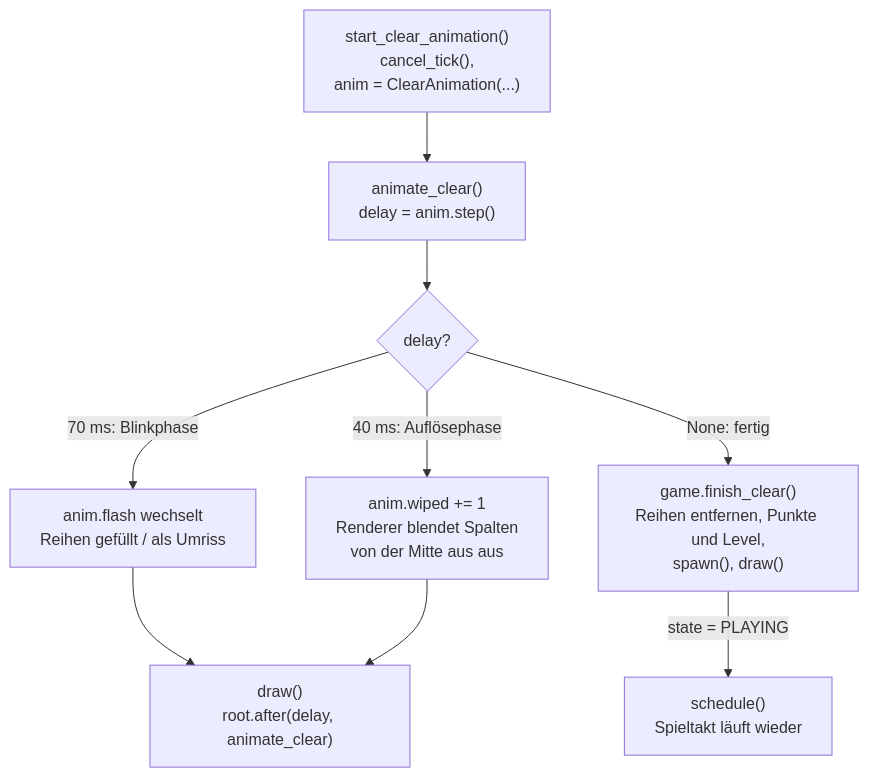
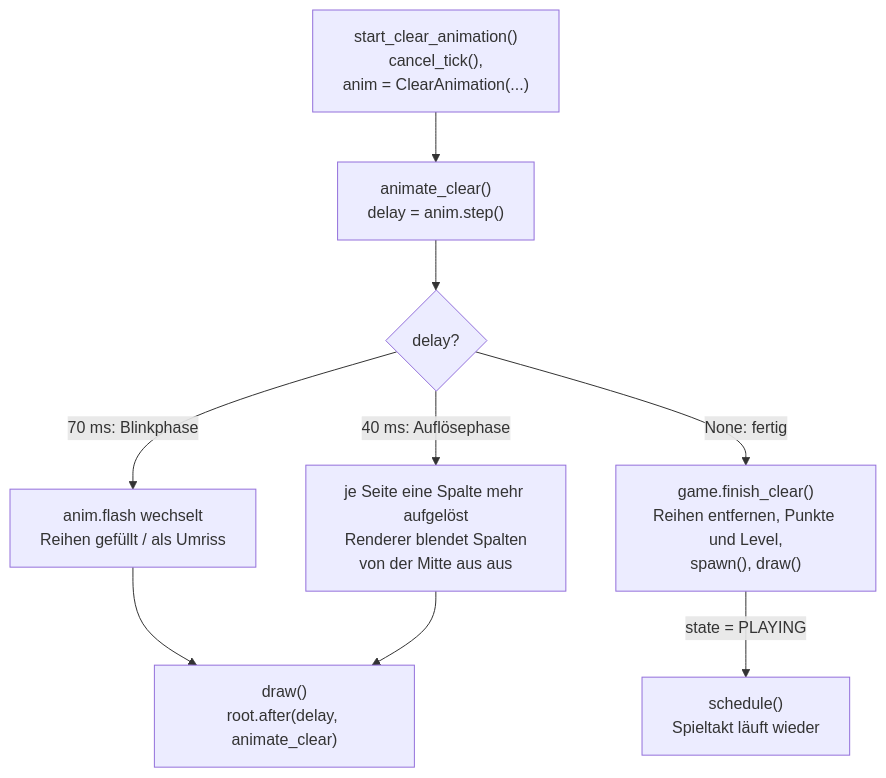
Before and after one commit to Krysek/Quickstart-mit-Claude: the diagram in docs/api/animation.md, drawn with Mermaid. The commit also changed other lines of this file and 22 other files, not shown here.

````diff
--- a/docs/api/animation.md
+++ b/docs/api/animation.md
@@ -10,11 +10,11 @@
 ```mermaid
 flowchart TD
     sca["start_clear_animation()<br/>cancel_tick(),<br/>anim = ClearAnimation(...)"] --> anim
     anim["animate_clear()<br/>delay = anim.step()"] --> q{"delay?"}
     q -->|"70 ms: Blinkphase"| blink["anim.flash wechselt<br/>Reihen gefüllt / als Umriss"]
-    q -->|"40 ms: Auflösephase"| wipe["anim.wiped += 1<br/>Renderer blendet Spalten<br/>von der Mitte aus aus"]
+    q -->|"40 ms: Auflösephase"| wipe["je Seite eine Spalte mehr aufgelöst<br/>Renderer blendet Spalten<br/>von der Mitte aus aus"]
     blink --> again["draw()<br/>root.after(delay, animate_clear)"]
     wipe --> again
     q -->|"None: fertig"| fin["game.finish_clear()<br/>Reihen entfernen, Punkte und Level,<br/>spawn(), draw()"]
     fin -->|"state = PLAYING"| sched["schedule()<br/>Spieltakt läuft wieder"]
 ```
````
